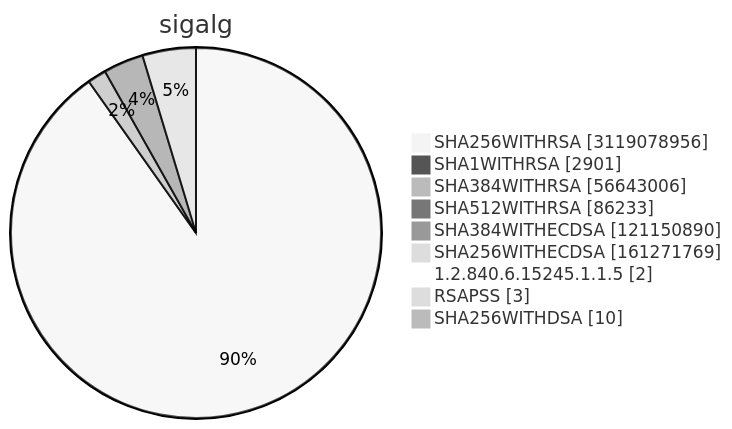
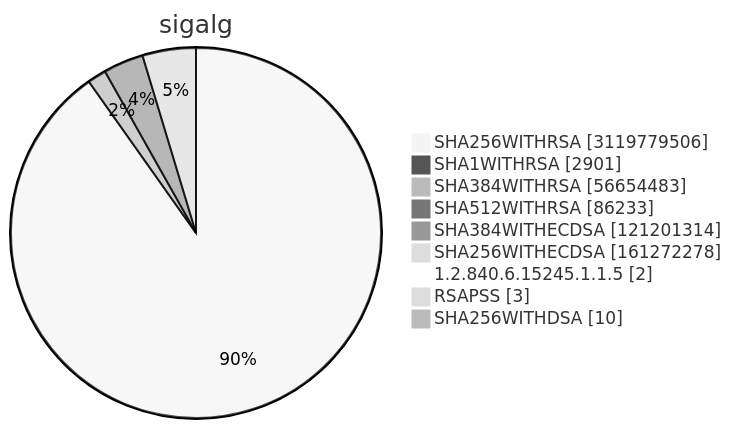
Before and after one commit to christiankrug/ctmonitor_visualization: diagram 15 of 15 in TOTAL/README.md, drawn with Mermaid (neutral theme). The commit also changed other lines of this file, not shown here.

````diff
--- a/TOTAL/README.md
+++ b/TOTAL/README.md
@@ -6212,13 +6212,13 @@
 ```mermaid
 pie showData
 title sigalg
-"SHA256WITHRSA" :3119078956
+"SHA256WITHRSA" :3119779506
 "SHA1WITHRSA" :2901
-"SHA384WITHRSA" :56643006
+"SHA384WITHRSA" :56654483
 "SHA512WITHRSA" :86233
-"SHA384WITHECDSA" :121150890
-"SHA256WITHECDSA" :161271769
+"SHA384WITHECDSA" :121201314
+"SHA256WITHECDSA" :161272278
 "1.2.840.6.15245.1.1.5" :2
 "RSAPSS" :3
 "SHA256WITHDSA" :10
 ```
````
